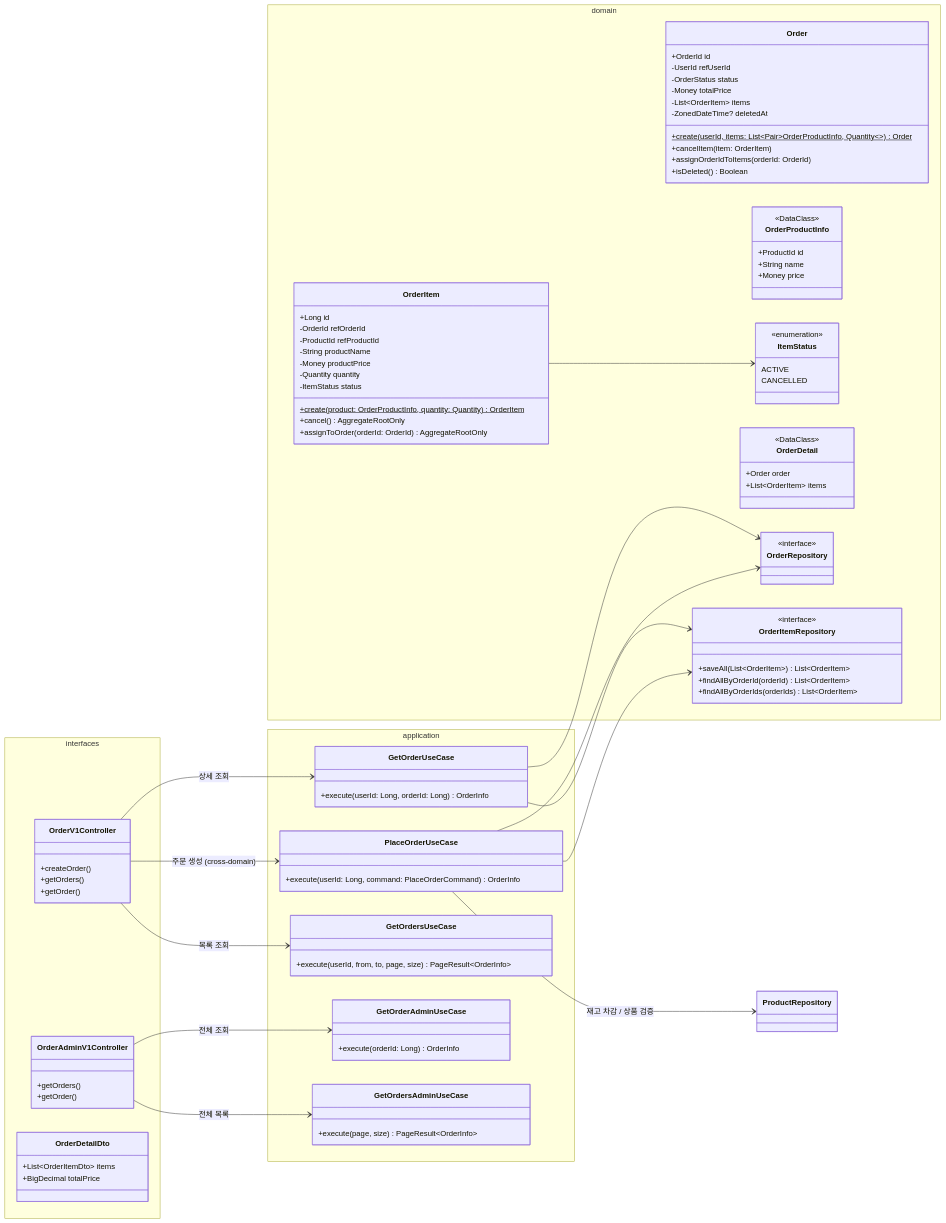
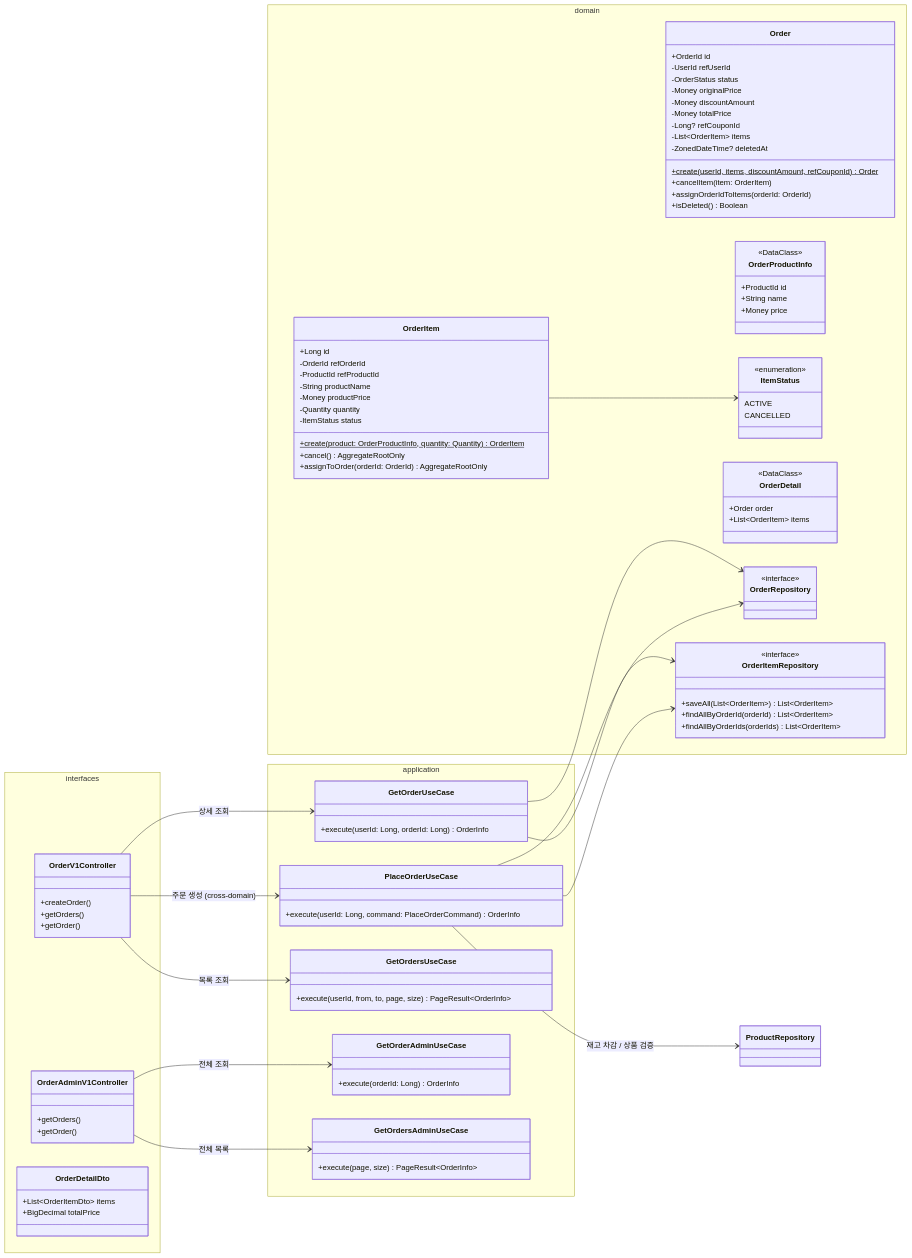
Before and after one commit to Loopers-dev-lab/loop-pack-be-l2-vol3-kotlin: the fifth of 8 diagrams in docs/design/03-class-diagram.md, drawn with Mermaid. The commit also changed other lines of this file and 7 other files, not shown here.

```diff
--- a/docs/design/03-class-diagram.md
+++ b/docs/design/03-class-diagram.md
@@ -451,10 +454,13 @@
             +OrderId id
             -UserId refUserId
             -OrderStatus status
+            -Money originalPrice
+            -Money discountAmount
             -Money totalPrice
+            -Long? refCouponId
             -List~OrderItem~ items
             -ZonedDateTime? deletedAt
-            +create(userId, items: List~Pair~OrderProductInfo, Quantity~~)$ Order
+            +create(userId, items, discountAmount, refCouponId)$ Order
             +cancelItem(item: OrderItem)
             +assignOrderIdToItems(orderId: OrderId)
             +isDeleted() Boolean
```
